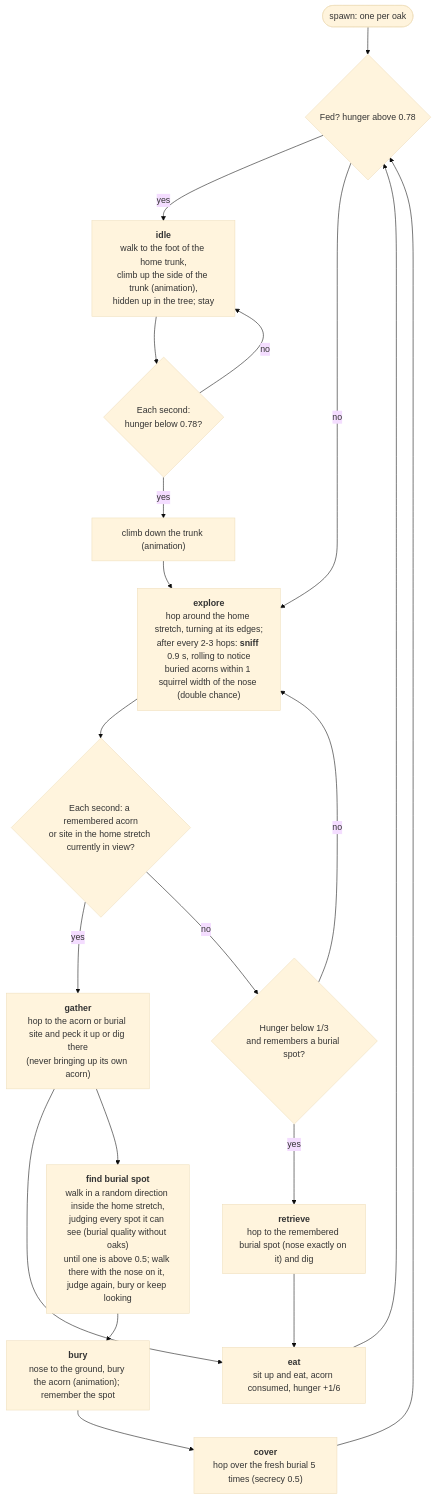
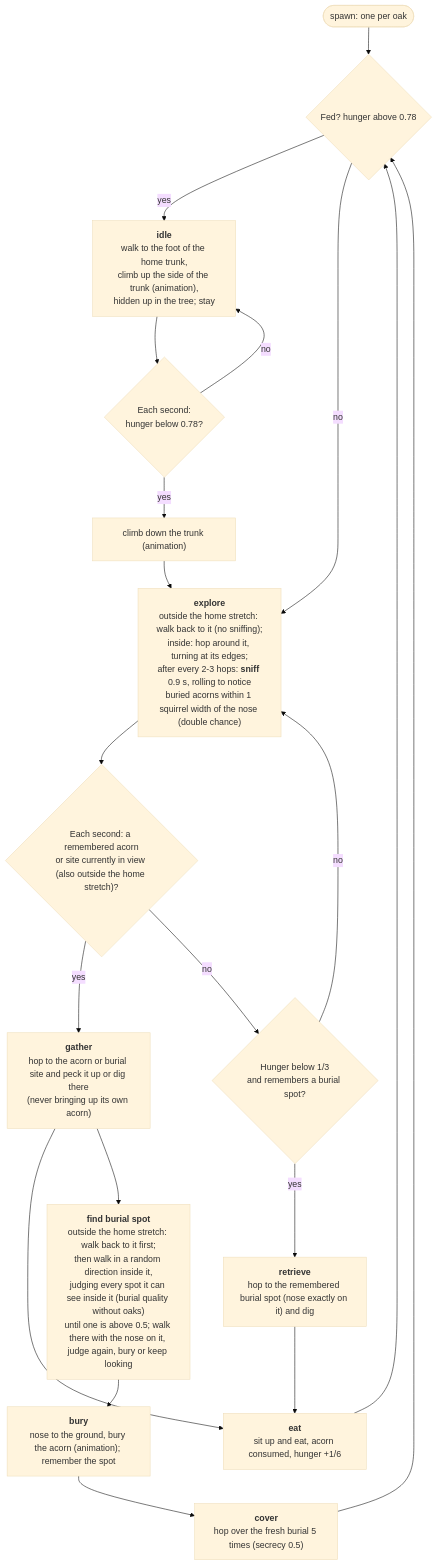
One commit to adam-kosinski/Blue-Jay-Acorns changed the diagram in SQUIRREL_STATE_MACHINE.md. Above: the diagram before and after it, drawn with Mermaid (base theme). The commit also changed other lines of this file and 5 other files, not shown here.

Commit message:
Sync squirrel home-stretch changes from the worktree

````diff
--- a/SQUIRREL_STATE_MACHINE.md
+++ b/SQUIRREL_STATE_MACHINE.md
@@ -24,34 +25,34 @@
 ```mermaid
 flowchart TD
     START([spawn: one per oak]) --> rest
 
     rest{"Fed? hunger above 0.78"}
     rest -- "yes" --> idle
     rest -- "no" --> explore
 
     idle["<b>idle</b><br/>walk to the foot of the home trunk,<br/>climb up the side of the trunk (animation),<br/>hidden up in the tree; stay"]
     idle --> hungry{"Each second:<br/>hunger below 0.78?"}
     hungry -- "yes" --> down["climb down the trunk (animation)"]
     down --> explore
     hungry -- "no" --> idle
 
-    explore["<b>explore</b><br/>hop around the home stretch, turning at its edges;<br/>after every 2-3 hops: <b>sniff</b> 0.9 s, rolling to notice<br/>buried acorns within 1 squirrel width of the nose (double chance)"]
-    explore --> sees{"Each second: a remembered acorn<br/>or site in the home stretch currently in view?"}
+    explore["<b>explore</b><br/>outside the home stretch: walk back to it (no sniffing);<br/>inside: hop around it, turning at its edges;<br/>after every 2-3 hops: <b>sniff</b> 0.9 s, rolling to notice<br/>buried acorns within 1 squirrel width of the nose (double chance)"]
+    explore --> sees{"Each second: a remembered acorn<br/>or site currently in view (also outside the home stretch)?"}
     sees -- "yes" --> gather
     sees -- "no" --> starving{"Hunger below 1/3<br/>and remembers a burial spot?"}
     starving -- "yes" --> retrieve
     starving -- "no" --> explore
 
     retrieve["<b>retrieve</b><br/>hop to the remembered burial spot (nose exactly on it) and dig"]
     gather["<b>gather</b><br/>hop to the acorn or burial site and peck it up or dig there<br/>(never bringing up its own acorn)"]
     eat["<b>eat</b><br/>sit up and eat, acorn consumed, hunger +1/6"]
-    find["<b>find burial spot</b><br/>walk in a random direction inside the home stretch,<br/>judging every spot it can see (burial quality without oaks)<br/>until one is above 0.5; walk there with the nose on it, judge again, bury or keep looking"]
+    find["<b>find burial spot</b><br/>outside the home stretch: walk back to it first;<br/>then walk in a random direction inside it,<br/>judging every spot it can see inside it (burial quality without oaks)<br/>until one is above 0.5; walk there with the nose on it, judge again, bury or keep looking"]
     bury["<b>bury</b><br/>nose to the ground, bury the acorn (animation); remember the spot"]
     cover["<b>cover</b><br/>hop over the fresh burial 5 times (secrecy 0.5)"]
 
     retrieve --> eat
     gather --> eat
     gather --> find
     find --> bury --> cover --> rest
     eat --> rest
 ```
````
